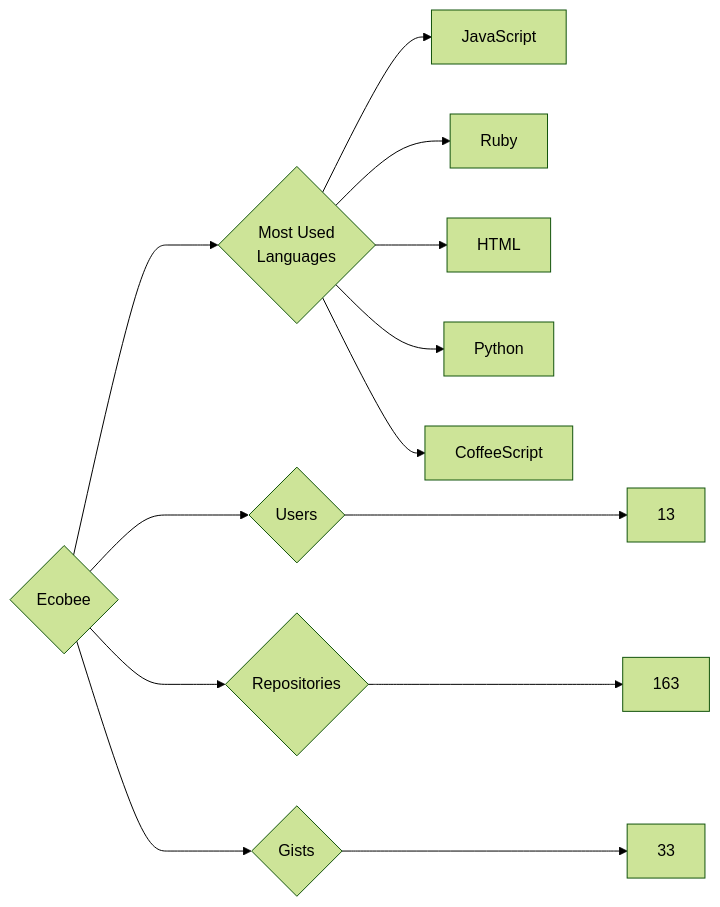
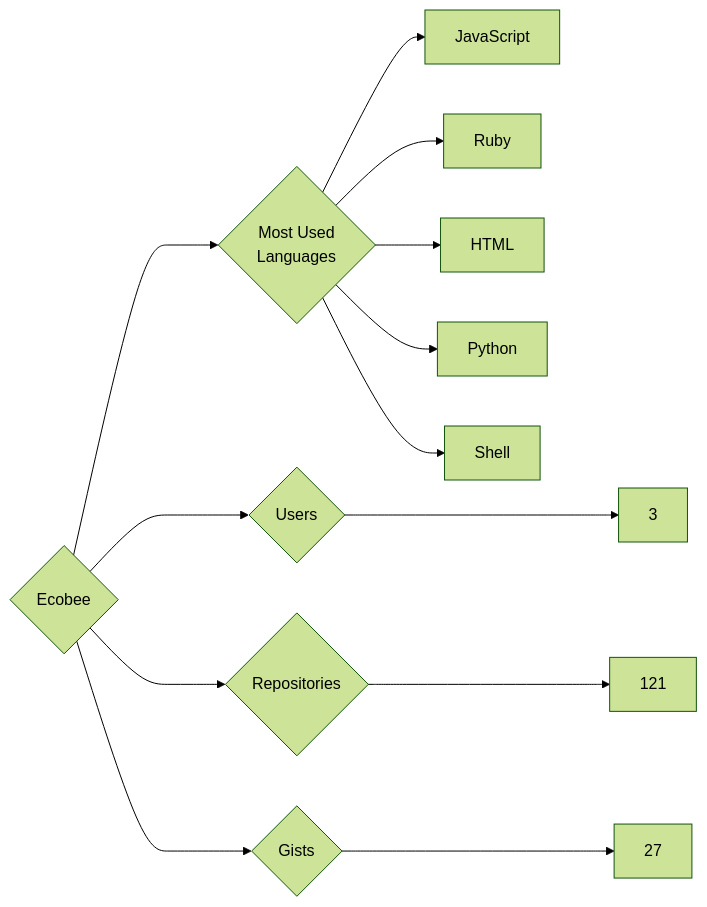
The diagram in targets/Ecobee/README.md (trickest/insiders), drawn with Mermaid (forest theme) before and after one commit. The commit also changed 569 other files, not shown here.

````diff
--- a/targets/Ecobee/README.md
+++ b/targets/Ecobee/README.md
@@ -3,13 +3,13 @@
 ```mermaid
 graph LR
 COMPANY_NAME{Ecobee}
-COMPANY_NAME ---> U{Users} ---> UN[13]
-COMPANY_NAME ---> R{Repositories} ---> RN[163]
-COMPANY_NAME ---> G{Gists} ---> GN[33]
+COMPANY_NAME ---> U{Users} ---> UN[3]
+COMPANY_NAME ---> R{Repositories} ---> RN[121]
+COMPANY_NAME ---> G{Gists} ---> GN[27]
 COMPANY_NAME ---> ML{Most Used<br>Languages}
 ML --> JavaScript[JavaScript]
 ML --> Ruby[Ruby]
 ML --> HTML[HTML]
 ML --> Python[Python]
-ML --> CoffeeScript[CoffeeScript]
+ML --> Shell[Shell]
 ```
````
